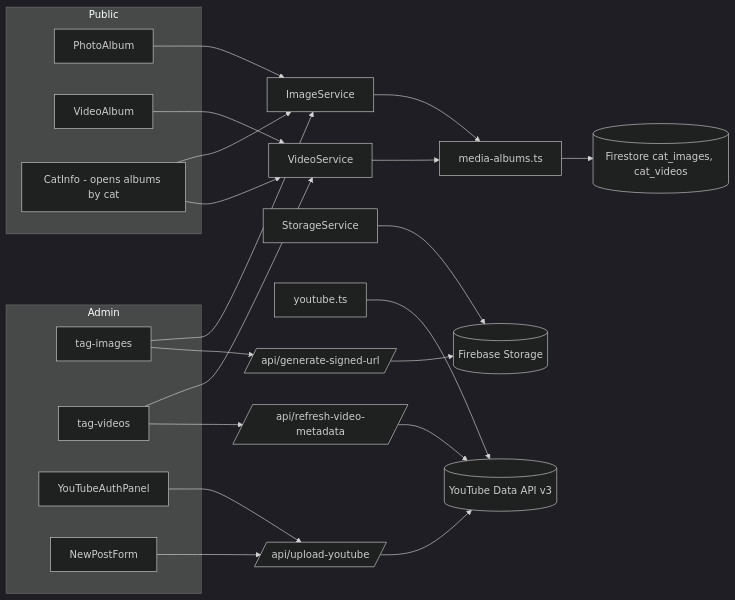
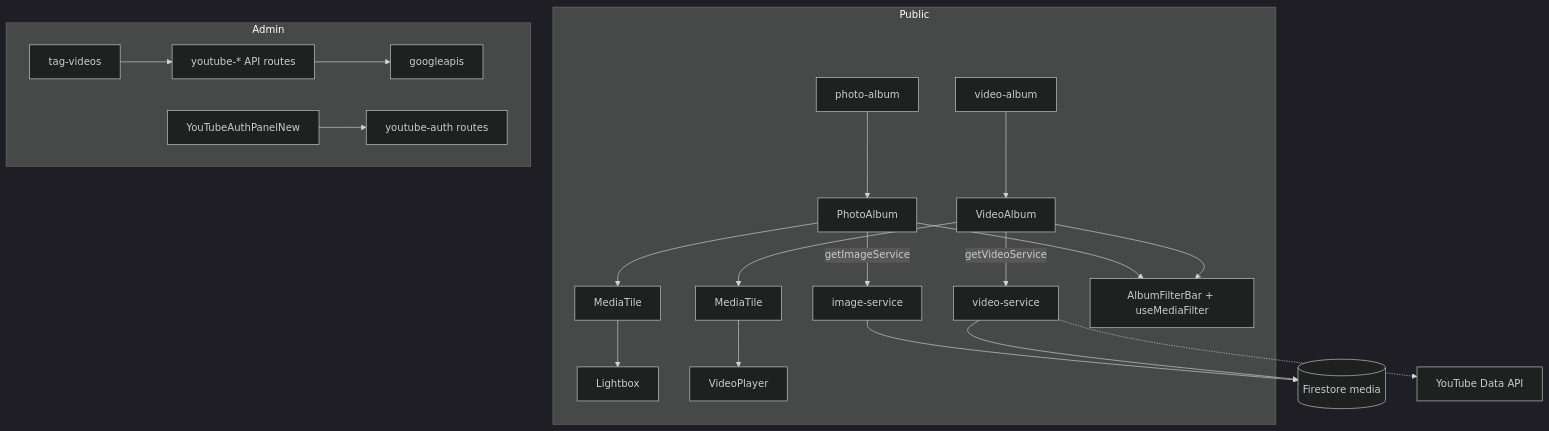
One commit to wwolfyy/mohocat changed the first of 2 diagrams in docs/codebase/media-and-youtube.md. Above: the diagram before and after it, drawn with Mermaid (dark theme). The commit also changed other lines of this file and 12 other files, not shown here.

````diff
--- a/docs/codebase/media-and-youtube.md
+++ b/docs/codebase/media-and-youtube.md
@@ -86,45 +33,21 @@
 ```mermaid
-graph LR
+flowchart TD
     subgraph Public
-        PhotoAlb[PhotoAlbum]
-        VideoAlb[VideoAlbum]
-        CatInfo[CatInfo - opens albums by cat]
+        PhotoPage[photo-album] --> PhotoAlbum
+        VideoPage[video-album] --> VideoAlbum
+        PhotoAlbum -->|getImageService| ImgSvc[image-service]
+        VideoAlbum -->|getVideoService| VidSvc[video-service]
+        PhotoAlbum --> Tile[MediaTile] --> Lightbox
+        VideoAlbum --> Tile2[MediaTile] --> VideoPlayer
+        PhotoAlbum --> Filter[AlbumFilterBar + useMediaFilter]
+        VideoAlbum --> Filter
     end
+    ImgSvc --> Firestore[(Firestore media)]
+    VidSvc --> Firestore
+    VidSvc -.-> YT[YouTube Data API]
     subgraph Admin
-        TagI[tag-images]
-        TagV[tag-videos]
-        YTPanel[YouTubeAuthPanel]
-        NewPost[NewPostForm]
+        TagVideos[tag-videos] --> YTRoutes[youtube-* API routes]
+        YTRoutes --> GApi[googleapis]
+        AuthPanel[YouTubeAuthPanelNew] --> YTAuth[youtube-auth routes]
     end
-
-    ImgSvc[ImageService]
-    VidSvc[VideoService]
-    StorSvc[StorageService]
-    Media[media-albums.ts]
-    Yt[youtube.ts]
-    SignedAPI[/api/generate-signed-url/]
-    UpAPI[/api/upload-youtube/]
-    RefAPI[/api/refresh-video-metadata/]
-    Storage[(Firebase Storage)]
-    Firestore[(Firestore cat_images, cat_videos)]
-    YouTube[(YouTube Data API v3)]
-
-    PhotoAlb --> ImgSvc
-    VideoAlb --> VidSvc
-    CatInfo --> ImgSvc
-    CatInfo --> VidSvc
-    TagI --> ImgSvc
-    TagI --> SignedAPI
-    SignedAPI --> Storage
-    TagV --> VidSvc
-    TagV --> RefAPI
-    YTPanel --> UpAPI
-    NewPost --> UpAPI
-    UpAPI --> YouTube
-    RefAPI --> YouTube
-    Yt --> YouTube
-    ImgSvc --> Media
-    VidSvc --> Media
-    Media --> Firestore
-    StorSvc --> Storage
 ```
````
